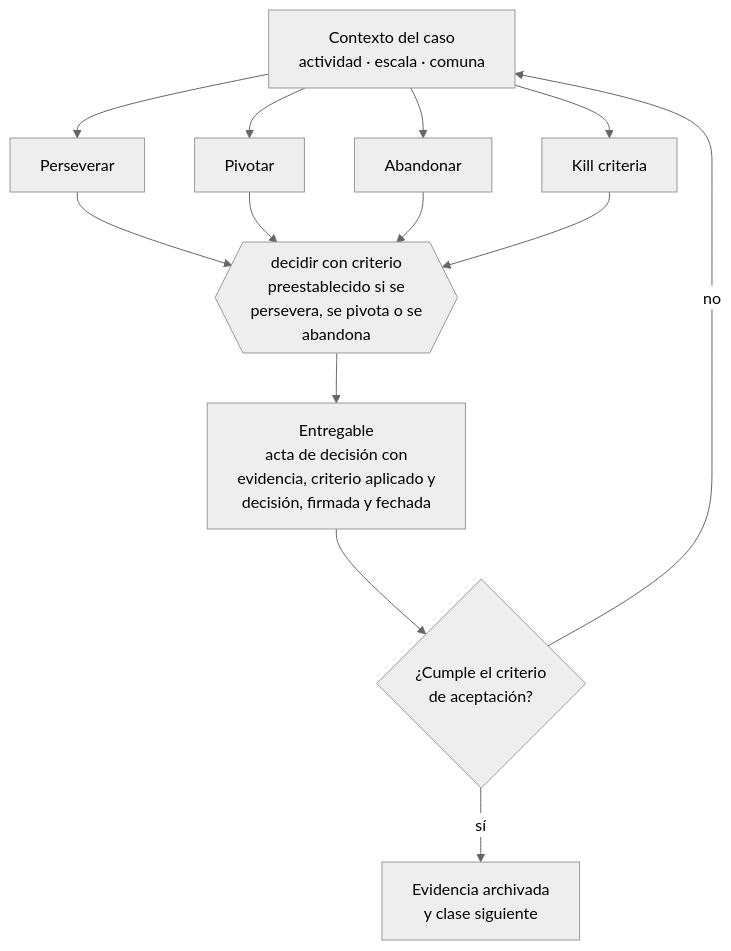
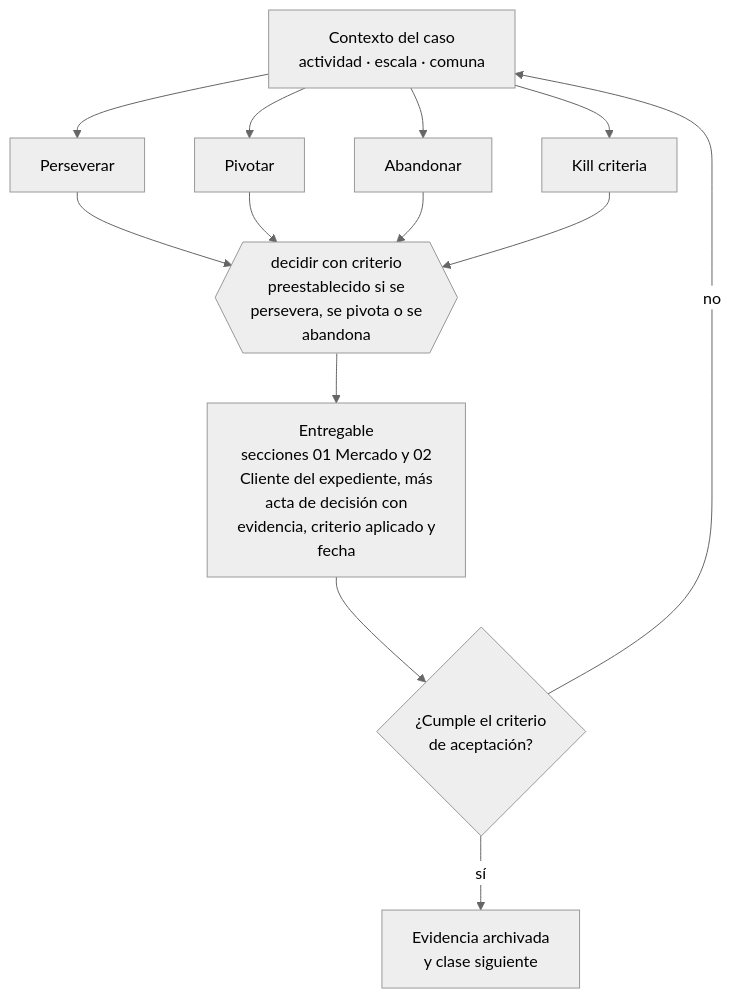
Before and after one commit to vladimiracunadev-create/modern-business-creation-program: the diagram in curriculum/part-02-descubrimiento-validacion-y-mercado/class-14-decidir-perseverar-pivotar-o-abandonar/README.md, drawn with Mermaid (neutral theme). The commit also changed other lines of this file and 48 other files, not shown here.

````diff
--- a/curriculum/part-02-descubrimiento-validacion-y-mercado/class-14-decidir-perseverar-pivotar-o-abandonar/README.md
+++ b/curriculum/part-02-descubrimiento-validacion-y-mercado/class-14-decidir-perseverar-pivotar-o-abandonar/README.md
@@ -34,13 +34,13 @@
 ```mermaid
 flowchart TB
     C["Contexto del caso<br/>actividad · escala · comuna"]
     C --> A1["Perseverar"]
     C --> A2["Pivotar"]
     C --> A3["Abandonar"]
     C --> A4["Kill criteria"]
     A1 & A2 & A3 & A4 --> D{{"decidir con criterio<br/>preestablecido si se<br/>persevera, se pivota o se<br/>abandona"}}
-    D --> E["Entregable<br/>acta de decisión con<br/>evidencia, criterio aplicado y<br/>decisión, firmada y fechada"]
+    D --> E["Entregable<br/>secciones 01 Mercado y 02<br/>Cliente del expediente, más<br/>acta de decisión con<br/>evidencia, criterio aplicado y<br/>fecha"]
     E --> V{"¿Cumple el criterio<br/>de aceptación?"}
     V -->|sí| S["Evidencia archivada<br/>y clase siguiente"]
     V -->|no| C
 ```
````
